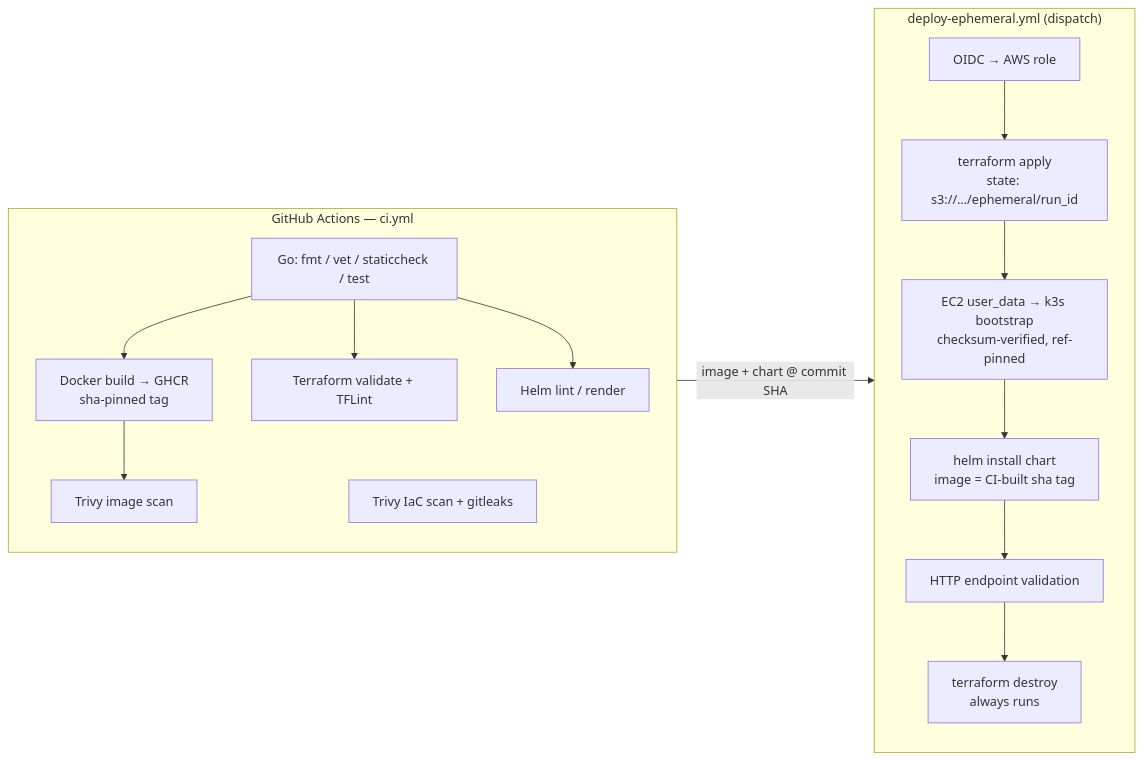
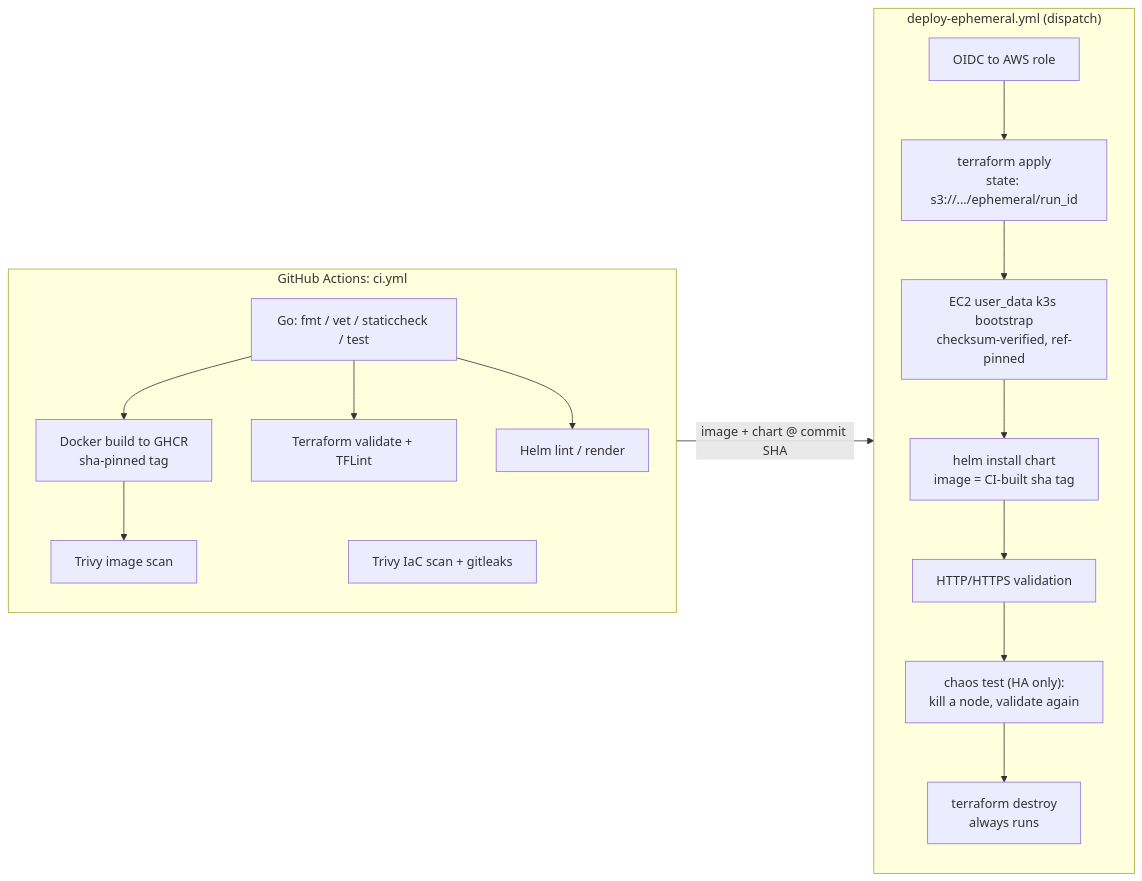
Before and after one commit to mattshogi/CI-CD_terraform_k3s_aws: the first of 3 diagrams in README.md, drawn with Mermaid. The commit also changed other lines of this file, not shown here.

````diff
--- a/README.md
+++ b/README.md
@@ -15,20 +21,21 @@
 ```mermaid
 flowchart LR
-    subgraph CI["GitHub Actions — ci.yml"]
-        A[Go: fmt / vet / staticcheck / test] --> B[Docker build → GHCR<br/>sha-pinned tag]
+    subgraph CI["GitHub Actions: ci.yml"]
+        A[Go: fmt / vet / staticcheck / test] --> B[Docker build to GHCR<br/>sha-pinned tag]
         A --> C[Terraform validate + TFLint]
         A --> D[Helm lint / render]
         B --> E[Trivy image scan]
         F[Trivy IaC scan + gitleaks]
     end
 
     subgraph Deploy["deploy-ephemeral.yml (dispatch)"]
-        G[OIDC → AWS role] --> H[terraform apply<br/>state: s3://…/ephemeral/run_id]
-        H --> I[EC2 user_data → k3s bootstrap<br/>checksum-verified, ref-pinned]
+        G[OIDC to AWS role] --> H[terraform apply<br/>state: s3://.../ephemeral/run_id]
+        H --> I[EC2 user_data k3s bootstrap<br/>checksum-verified, ref-pinned]
         I --> J[helm install chart<br/>image = CI-built sha tag]
-        J --> K[HTTP endpoint validation]
-        K --> L[terraform destroy<br/>always runs]
+        J --> K[HTTP/HTTPS validation]
+        K --> L["chaos test (HA only):<br/>kill a node, validate again"]
+        L --> M[terraform destroy<br/>always runs]
     end
 
     CI -->|image + chart @ commit SHA| Deploy
 ```
````
